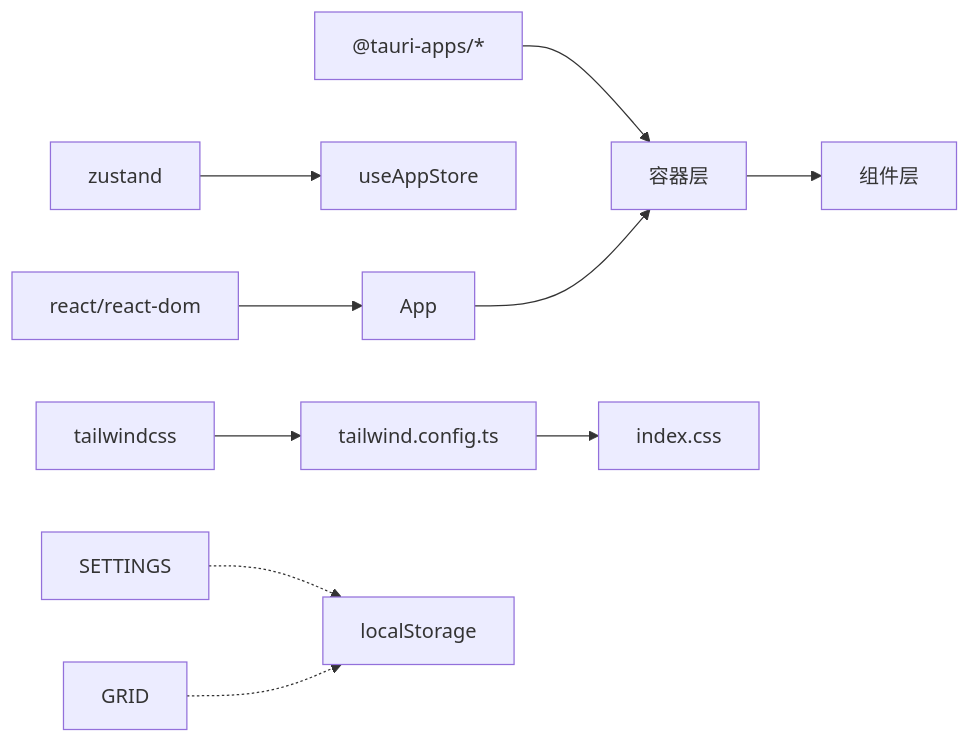
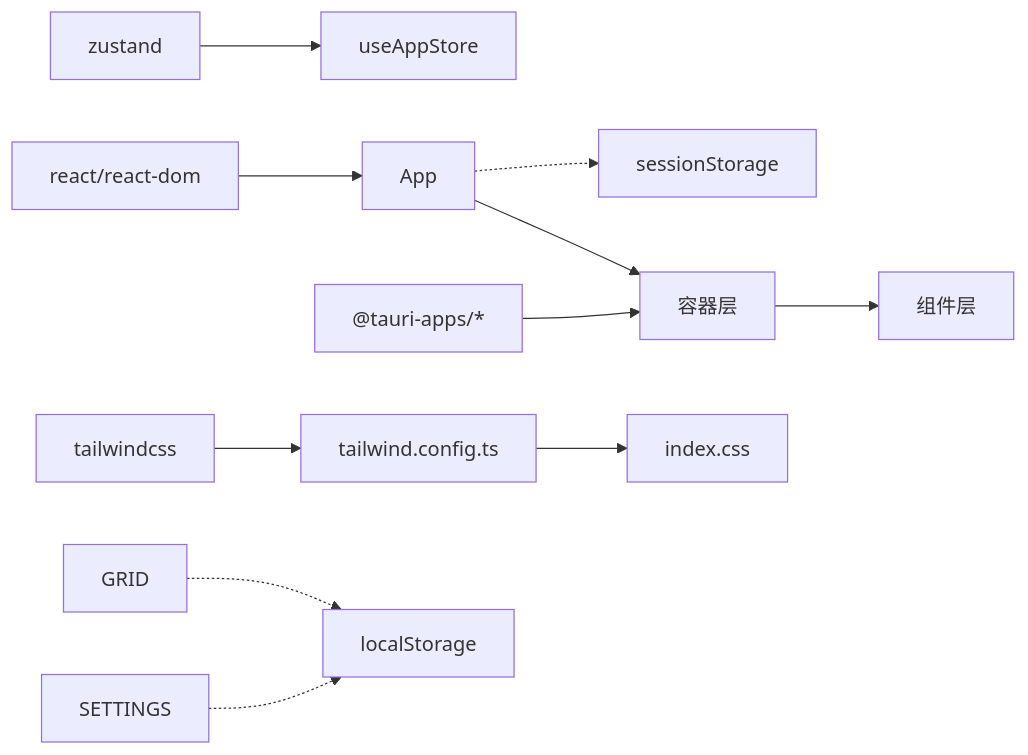
One commit to YLee9527/Medex changed the sixth of 6 diagrams in repowiki/zh/content/前端开发/前端开发.md. Above: the diagram before and after it, drawn with Mermaid. The commit also changed other lines of this file and 13 other files, not shown here.

````diff
--- a/repowiki/zh/content/前端开发/前端开发.md
+++ b/repowiki/zh/content/前端开发/前端开发.md
@@ -429,12 +478,13 @@
 ```mermaid
 graph LR
 REACT["react/react-dom"] --> APP["App"]
 ZUSTAND["zustand"] --> STORE["useAppStore"]
 TAURI["@tauri-apps/*"] --> CONTAINERS["容器层"]
 TAILWIND["tailwindcss"] --> THEME["tailwind.config.ts"]
 THEME --> CSS["index.css"]
 APP --> CONTAINERS
 CONTAINERS --> COMPONENTS["组件层"]
 SETTINGS -.-> LOCAL["localStorage"]
 GRID -.-> LOCAL
+APP -.-> SESSION["sessionStorage"]
 ```
````
